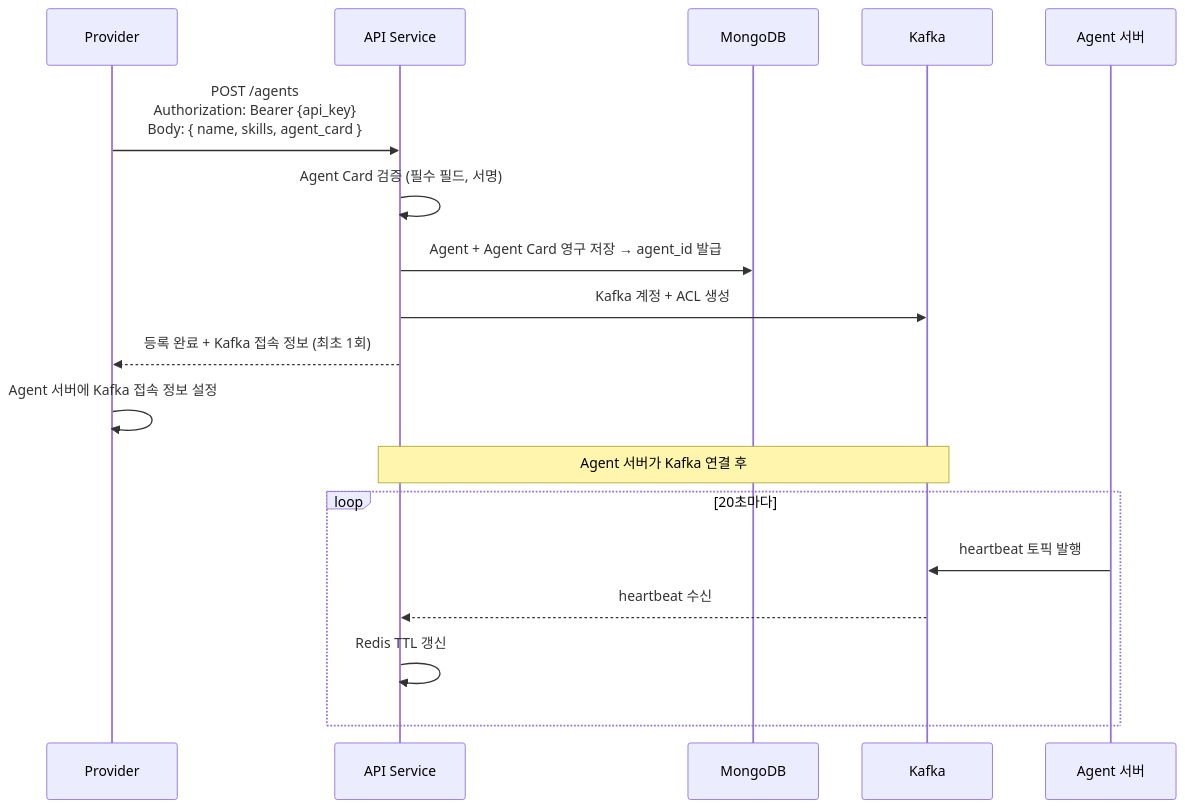
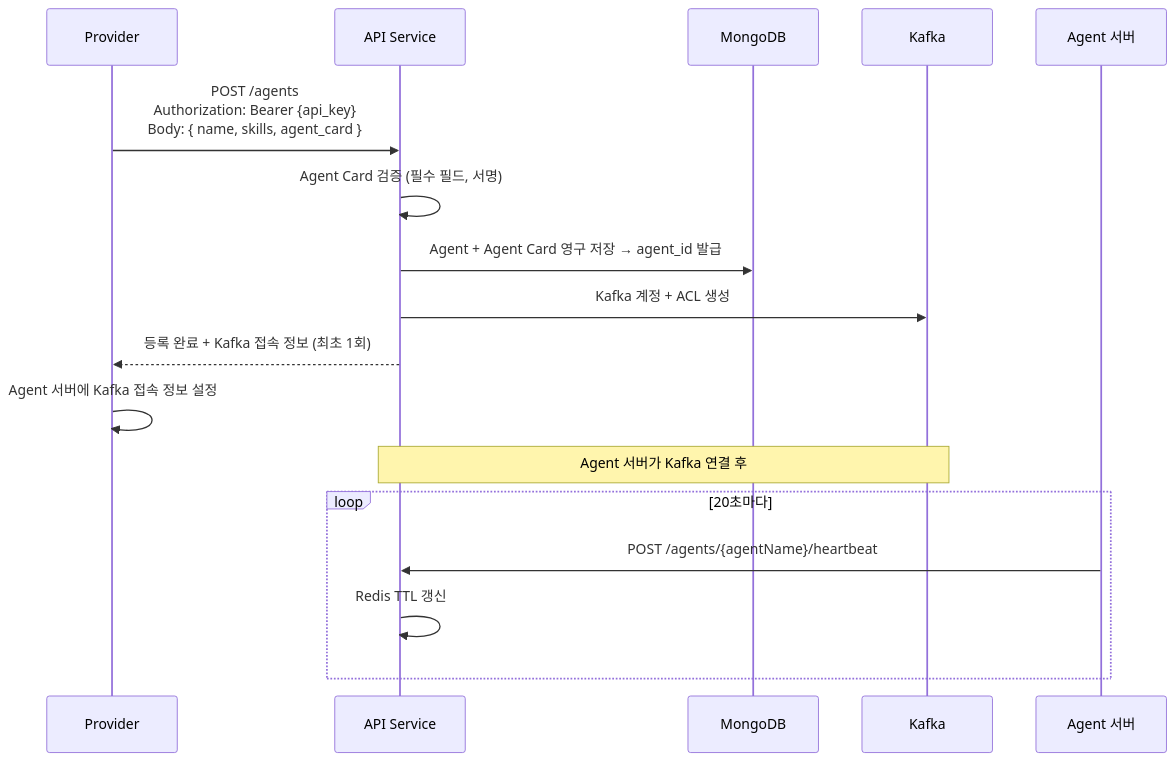
Before and after one commit to genie49/bara-world: the third of 3 diagrams in docs/spec/api/agent-registry.md, drawn with Mermaid. The commit also changed other lines of this file and 1 other file, not shown here.

Commit message:
docs: update heartbeat docs from Kafka to HTTP-based approach

````diff
--- a/docs/spec/api/agent-registry.md
+++ b/docs/spec/api/agent-registry.md
@@ -171,26 +176,25 @@
 ```mermaid
 sequenceDiagram
     participant P as Provider
     participant R as API Service
     participant Mongo as MongoDB
     participant K as Kafka
 
     P->>R: POST /agents<br/>Authorization: Bearer {api_key}<br/>Body: { name, skills, agent_card }
 
     R->>R: Agent Card 검증 (필수 필드, 서명)
     R->>Mongo: Agent + Agent Card 영구 저장 → agent_id 발급
     R->>K: Kafka 계정 + ACL 생성
 
     R-->>P: 등록 완료 + Kafka 접속 정보 (최초 1회)
 
     P->>P: Agent 서버에 Kafka 접속 정보 설정
 
     Note over R,K: Agent 서버가 Kafka 연결 후
 
     loop 20초마다
         participant A as Agent 서버
-        A->>K: heartbeat 토픽 발행
-        K-->>R: heartbeat 수신
+        A->>R: POST /agents/{agentName}/heartbeat
         R->>R: Redis TTL 갱신
     end
 ```
````
